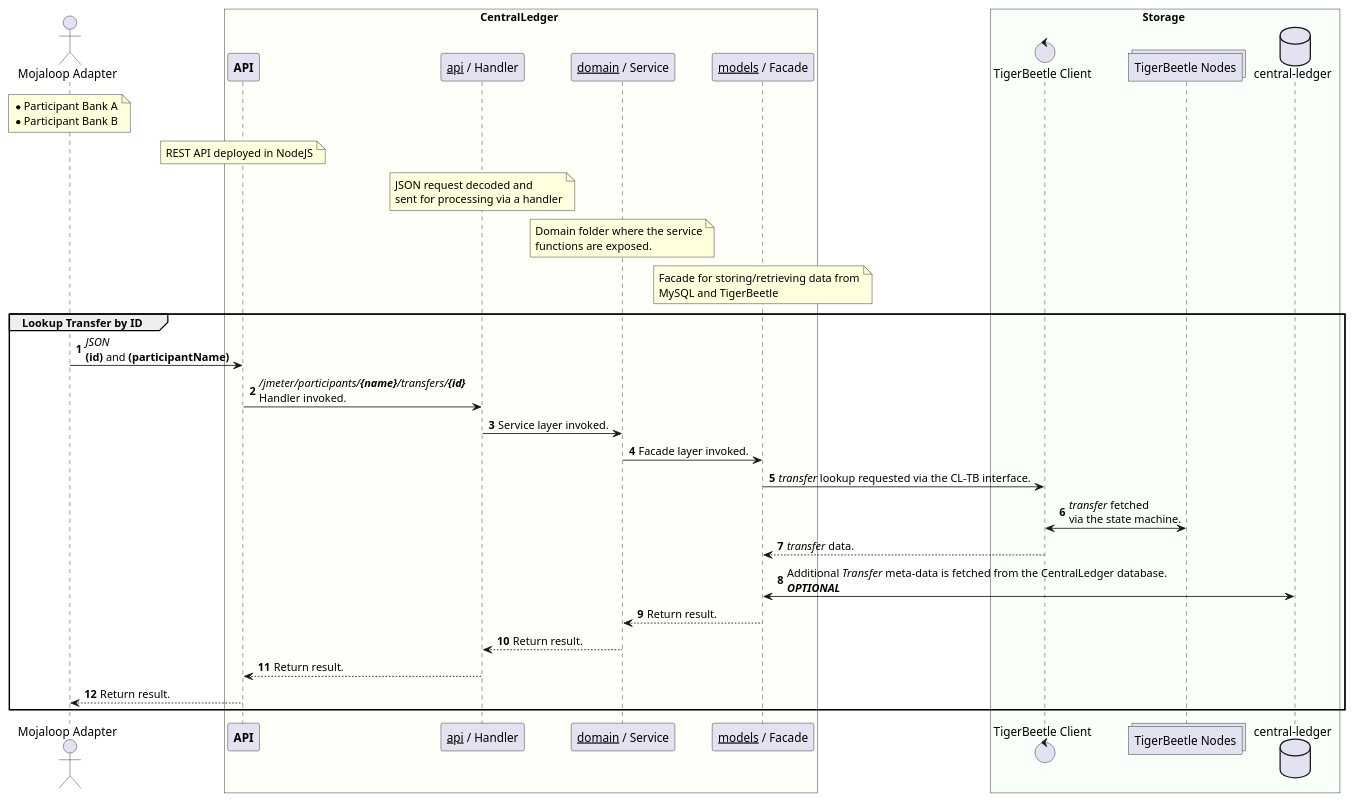
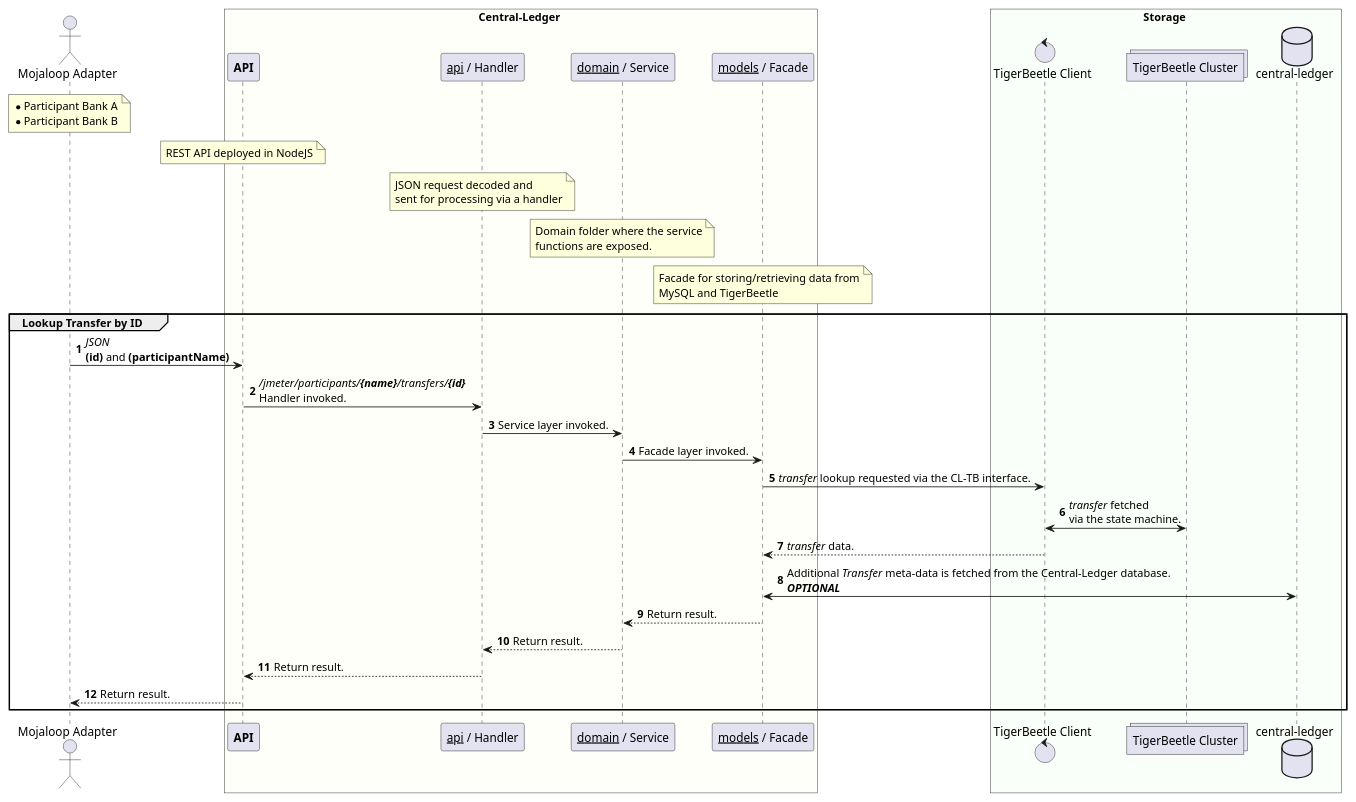
The diagram in solution_design/sequence-transfer-tb-enabled-lookup.puml (coilhq/mucoa), drawn with PlantUML before and after one commit. The commit also changed 10 other files, not shown here.

Commit message:
Update diagrams for TB/CL interface.

```diff
--- a/solution_design/sequence-transfer-tb-enabled-lookup.puml
+++ b/solution_design/sequence-transfer-tb-enabled-lookup.puml
@@ -1,57 +1,57 @@
 @startuml
 
 actor "Mojaloop Adapter" as dfsp
 note over dfsp
     * Participant Bank A
     * Participant Bank B
 end note
 
-box CentralLedger #FFFFF9
+box Central-Ledger #FFFFF9
     participant "**API**" as cl_api
     participant "__api__ / Handler" as cl_handler
     participant "__domain__ / Service" as cl_domain
     participant "__models__ / Facade" as cl_facade
 
     note over cl_api
         REST API deployed in NodeJS
     end note
 
     note over cl_handler
         JSON request decoded and
         sent for processing via a handler
     end note
 
     note over cl_domain
         Domain folder where the service
         functions are exposed.
     end note
 
     note over cl_facade
         Facade for storing/retrieving data from
         MySQL and TigerBeetle
     end note
 end box
 
 box Storage #F9FFF9
 	control "TigerBeetle Client" as tb_client
-	collections "TigerBeetle Nodes" as tb_nodes
+	collections "TigerBeetle Cluster" as tb_nodes
     database "central-ledger" as cl_db
 end box
 
 autonumber
 group Lookup Transfer by ID
     dfsp -> cl_api : //JSON// \n**(id)** and **(participantName)**
     cl_api -> cl_handler : ///jmeter/participants/**{name}**/transfers/**{id}**// \nHandler invoked.
     cl_handler -> cl_domain : Service layer invoked.
     cl_domain -> cl_facade : Facade layer invoked.
     cl_facade -> tb_client : //transfer// lookup requested via the CL-TB interface.
     tb_client <-> tb_nodes : //transfer// fetched\nvia the state machine.
     tb_client --> cl_facade : //transfer// data.
-    cl_facade <-> cl_db : Additional //Transfer// meta-data is fetched from the CentralLedger database.\n**//OPTIONAL//**
+    cl_facade <-> cl_db : Additional //Transfer// meta-data is fetched from the Central-Ledger database.\n**//OPTIONAL//**
     cl_facade --> cl_domain : Return result.
     cl_domain --> cl_handler : Return result.
     cl_handler --> cl_api : Return result.
     cl_api --> dfsp : Return result.
 end
 
 @enduml
```
